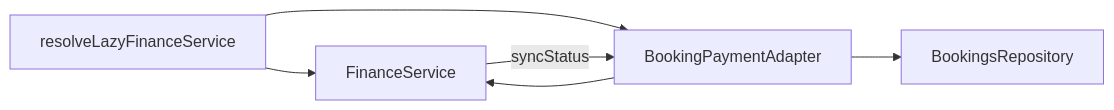
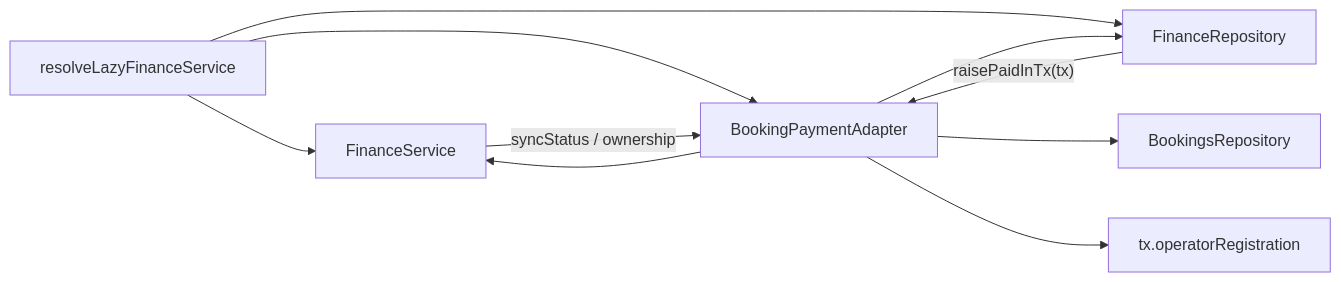
One commit to hrokhbakhsh1991/docs changed the diagram in docs/phase-20/p7/appendices/PAYMENT-LEDGER-BOUNDARY.md. Above: the diagram before and after it, drawn with Mermaid. The commit also changed other lines of this file and 2 other files, not shown here.

First line of the commit message:
docs(finance): Phase 0 Option C boundary docs and phase-10 allowlist

````diff
--- a/docs/phase-20/p7/appendices/PAYMENT-LEDGER-BOUNDARY.md
+++ b/docs/phase-20/p7/appendices/PAYMENT-LEDGER-BOUNDARY.md
@@ -69,8 +69,12 @@
 ```mermaid
 flowchart LR
   boot[resolveLazyFinanceService] --> svc[FinanceService]
   boot --> adapter[BookingPaymentAdapter]
+  boot --> repo[FinanceRepository]
   adapter --> svc
-  svc -->|"syncStatus"| adapter
-  adapter --> repo[BookingsRepository]
+  adapter --> repo
+  svc -->|"syncStatus / ownership"| adapter
+  repo -->|"raisePaidInTx(tx)"| adapter
+  adapter --> bookingsRepo[BookingsRepository]
+  adapter --> prismaTx["tx.operatorRegistration"]
 ```
````
